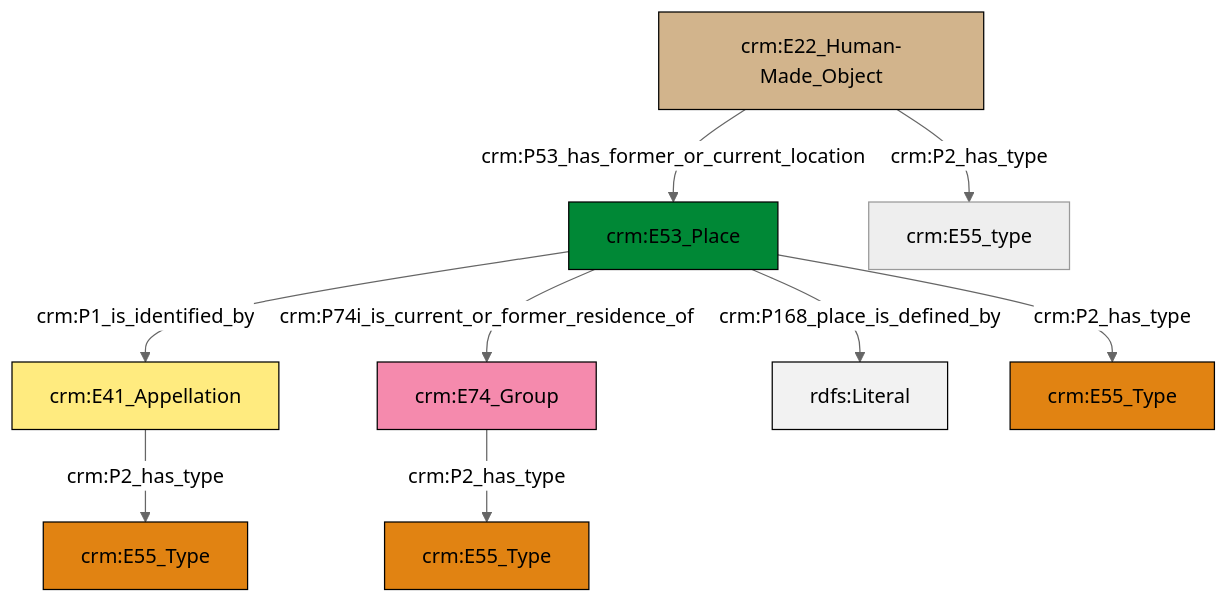
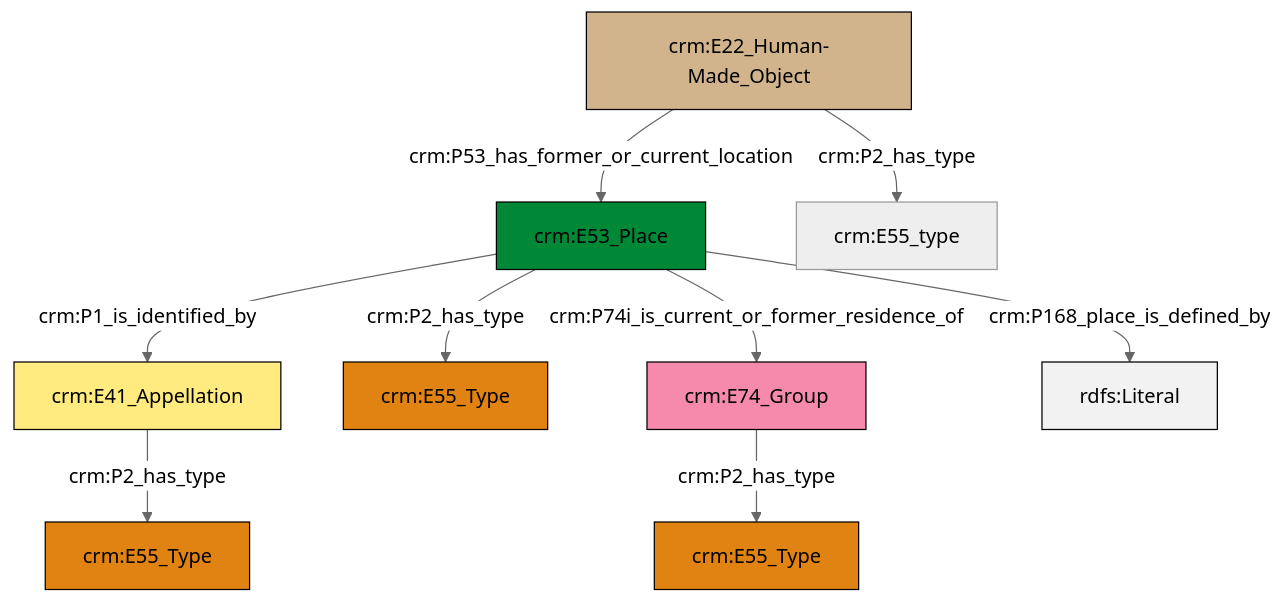
The diagram in et/artworkCSV/ttl/mmd/Artwork_Location.ttl.mmd (swiss-art-research-net/docs.swissartresearch), drawn with Mermaid (neutral theme) before and after one commit. The commit also changed 180 other files, not shown here.

```diff
--- a/et/artworkCSV/ttl/mmd/Artwork_Location.ttl.mmd
+++ b/et/artworkCSV/ttl/mmd/Artwork_Location.ttl.mmd
@@ -1,23 +1,23 @@
 graph TD
 classDef Literal fill:#f2f2f2,stroke:#000000;
 classDef CRM_Entity fill:#FFFFFF,stroke:#000000;
 classDef Temporal_Entity fill:#00C9E6, stroke:#000000;
 classDef Type fill:#E18312, stroke:#000000;
 classDef Time-Span fill:#2C9C91, stroke:#000000;
 classDef Appellation fill:#FFEB7F, stroke:#000000;
 classDef Place fill:#008836, stroke:#000000;
 classDef Persistent_Item fill:#B266B2, stroke:#000000;
 classDef Conceptual_Object fill:#FFD700, stroke:#000000;
 classDef Physical_Thing fill:#D2B48C, stroke:#000000;
 classDef Actor fill:#f58aad, stroke:#000000;
 classDef PC_Classes fill:#4ce600, stroke:#000000;
 classDef Multi fill:#cccccc,stroke:#000000;
 
-0["crm:E74_Group"]:::Actor -->|crm:P2_has_type| 1["crm:E55_Type"]:::Type
-4["crm:E53_Place"]:::Place -->|crm:P168_place_is_defined_by| 5[rdfs:Literal]:::Literal
-4["crm:E53_Place"]:::Place -->|crm:P1_is_identified_by| 2["crm:E41_Appellation"]:::Appellation
-4["crm:E53_Place"]:::Place -->|crm:P74i_is_current_or_former_residence_of| 0["crm:E74_Group"]:::Actor
-11["crm:E22_Human-Made_Object"]:::Physical_Thing -->|crm:P2_has_type| 12["crm:E55_type"]:::Default
-4["crm:E53_Place"]:::Place -->|crm:P2_has_type| 7["crm:E55_Type"]:::Type
-2["crm:E41_Appellation"]:::Appellation -->|crm:P2_has_type| 9["crm:E55_Type"]:::Type
-11["crm:E22_Human-Made_Object"]:::Physical_Thing -->|crm:P53_has_former_or_current_location| 4["crm:E53_Place"]:::Place
+2["crm:E53_Place"]:::Place -->|crm:P1_is_identified_by| 3["crm:E41_Appellation"]:::Appellation
+2["crm:E53_Place"]:::Place -->|crm:P2_has_type| 4["crm:E55_Type"]:::Type
+9["crm:E74_Group"]:::Actor -->|crm:P2_has_type| 10["crm:E55_Type"]:::Type
+3["crm:E41_Appellation"]:::Appellation -->|crm:P2_has_type| 7["crm:E55_Type"]:::Type
+0["crm:E22_Human-Made_Object"]:::Physical_Thing -->|crm:P53_has_former_or_current_location| 2["crm:E53_Place"]:::Place
+2["crm:E53_Place"]:::Place -->|crm:P168_place_is_defined_by| 16[rdfs:Literal]:::Literal
+2["crm:E53_Place"]:::Place -->|crm:P74i_is_current_or_former_residence_of| 9["crm:E74_Group"]:::Actor
+0["crm:E22_Human-Made_Object"]:::Physical_Thing -->|crm:P2_has_type| 5["crm:E55_type"]:::Default
```
